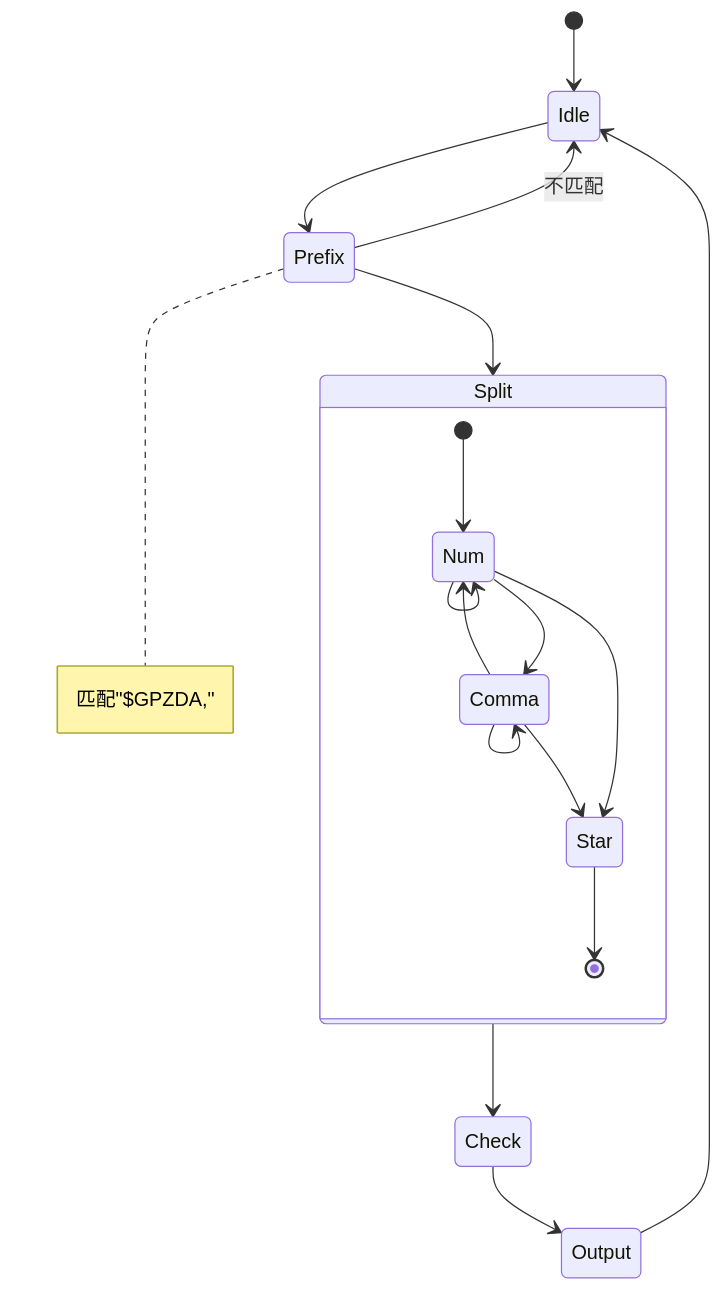
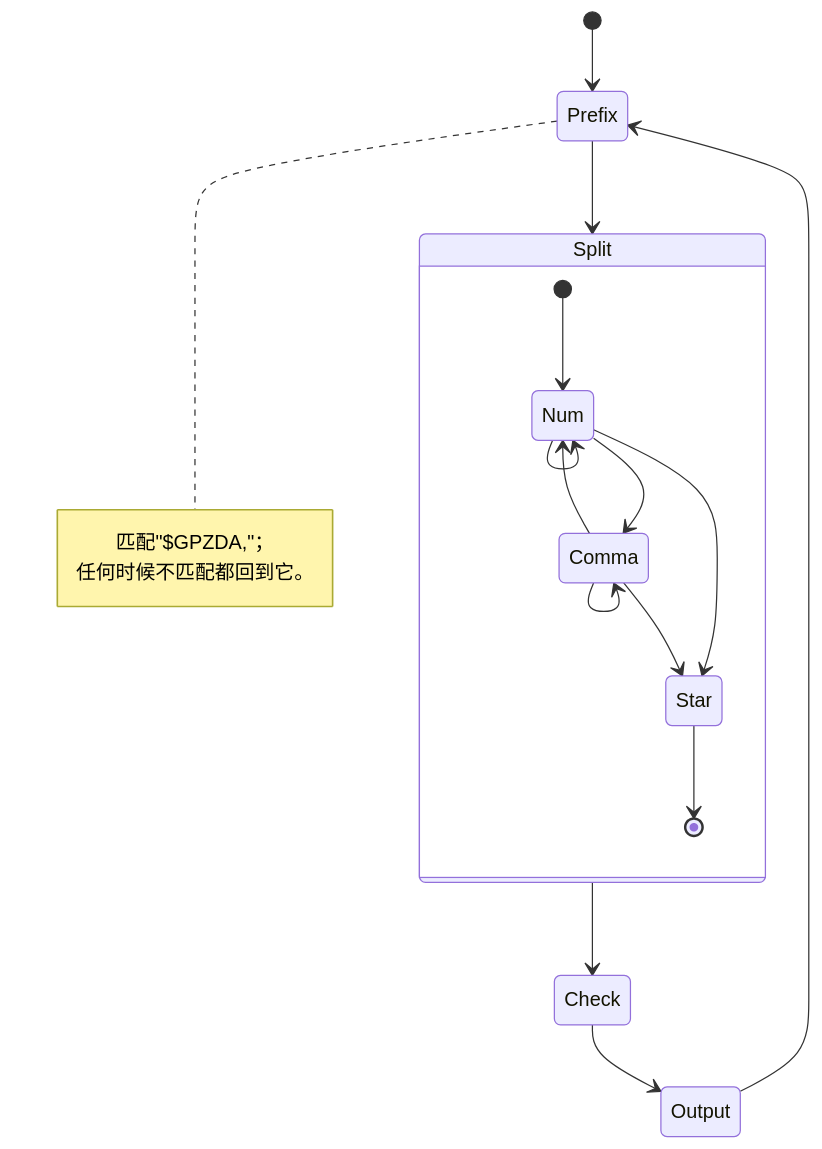
Before and after one commit to YDX-2147483647/SoC_Design_Archive: the first of 2 diagrams in GPZDA/ReadMe.md, drawn with Mermaid. The commit also changed 1 other file, not shown here.

Commit message:
继续做 GpsReceiver

````diff
--- a/GPZDA/ReadMe.md
+++ b/GPZDA/ReadMe.md
@@ -11,23 +11,21 @@
 ```mermaid
 stateDiagram-v2
-    [*] --> Idle
-    Idle --> Prefix
-    note right of Prefix: 匹配"$GPZDA,"
-    Prefix --> Idle: 不匹配
+    [*] --> Prefix
+    note right of Prefix: 匹配"$GPZDA,"；<br>任何时候不匹配都回到它。
     
     Prefix --> Split
     state Split {
         [*] --> Num
         Num --> Num
         Num --> Comma
         Comma --> Num
         Comma --> Comma
 
         Num --> Star
         Comma --> Star
         Star --> [*]
     }
     Split --> Check
     Check --> Output
-    Output --> Idle
+    Output --> Prefix
 ```
````
